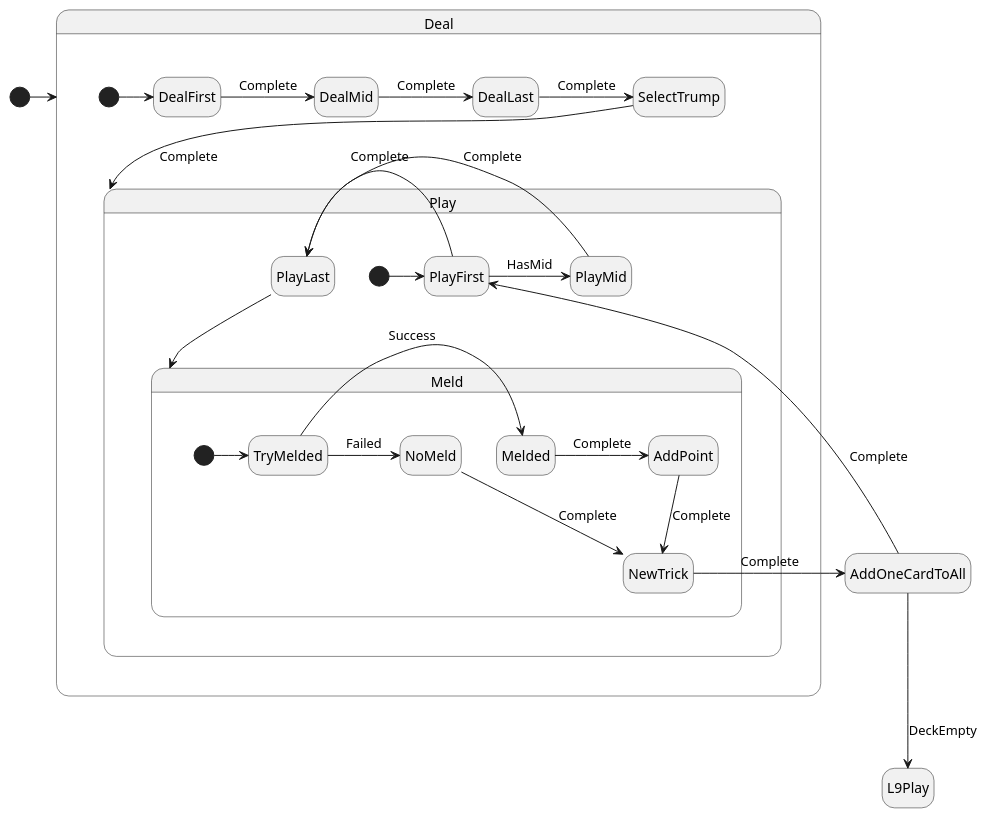
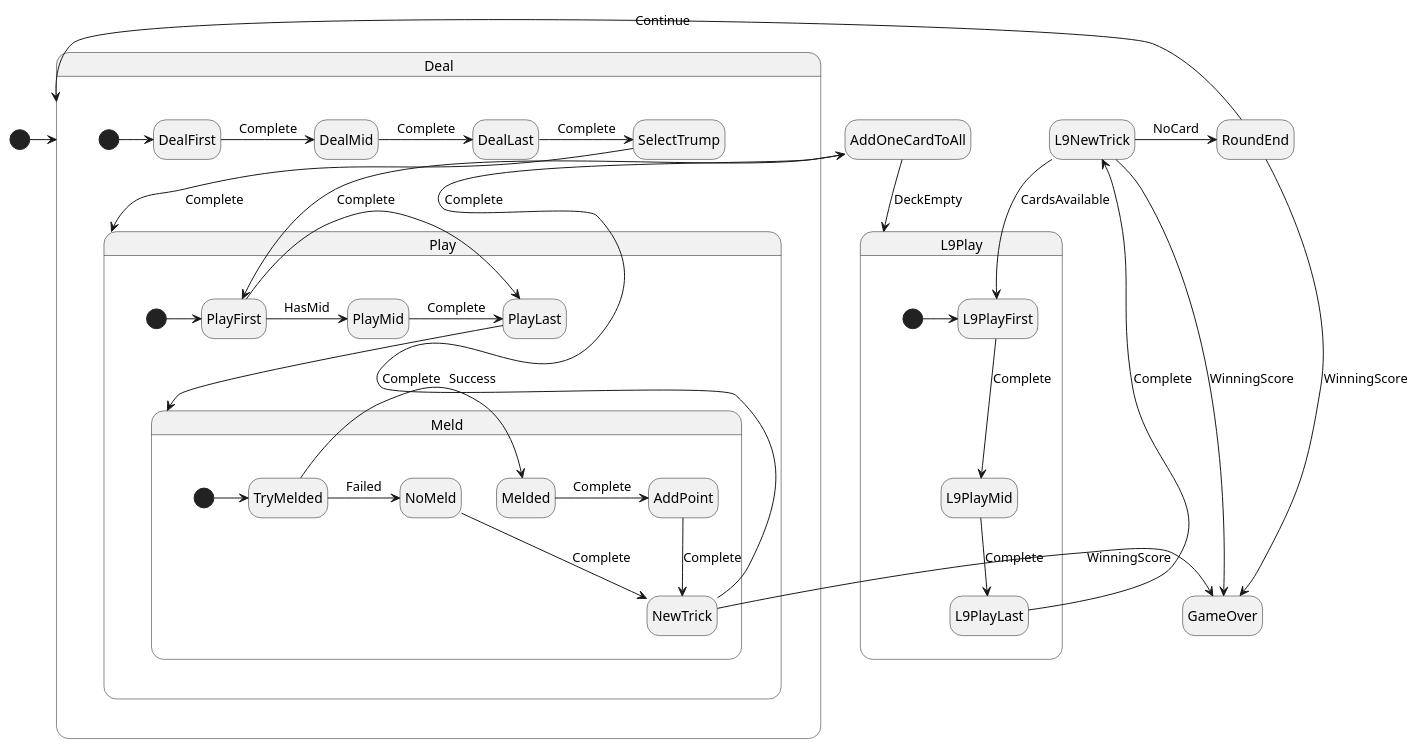
The diagram in BeziqueCore/Bezique.puml (shefat2002/BeziqueCore), drawn with PlantUML before and after one commit. The commit also changed 2 other files, not shown here.

Commit message:
Add L9 play flow, RoundEnd and GameOver states

```diff
--- a/BeziqueCore/Bezique.puml
+++ b/BeziqueCore/Bezique.puml
@@ -1,65 +1,88 @@
 @startuml
 
 /'! $CONFIG : toml
 SmRunnerSettings.transpilerId = "CSharp"
 
 [RenderConfig.CSharp]
 NameSpace =  "BeziqueCore;"
 '/
 
 hide empty description
 skinparam stateMessageAlignment center
 
 [*] -> Deal
 
 
 state Deal {
     state DealFirst
     state DealMid
     state DealLast
 
     [*] -> DealFirst
     DealFirst -> DealMid : Complete 
     DealMid -> DealLast : Complete
     DealLast -> SelectTrump : Complete 
     SelectTrump --> Play : Complete 
 }
 
 state Play {
     state PlayFirst
     state PlayMid
     state PlayLast
     
     [*] -> PlayFirst
     PlayFirst -> PlayMid : HasMid
     PlayMid -> PlayLast : Complete
     PlayFirst -> PlayLast : Complete
     PlayLast --> Meld
 }
 
 state Meld{
     [*] -> TryMelded
     state Melded
     state NoMeld
     
     TryMelded -> Melded : Success
     TryMelded -> NoMeld : Failed
     
     Melded -> AddPoint : Complete
     NoMeld --> NewTrick : Complete
     
 }
 
 
 AddPoint --> NewTrick : Complete
 
 NewTrick -> AddOneCardToAll : Complete
 
 AddOneCardToAll --> PlayFirst : Complete
 
 AddOneCardToAll --> L9Play : DeckEmpty
 
+state L9Play{
+    state L9PlayFirst
+    state L9PlayMid
+    state L9PlayLast
+    
+    [*]-> L9PlayFirst
+    L9PlayFirst --> L9PlayMid : Complete
+    L9PlayMid --> L9PlayLast : Complete        
+}
+
+L9PlayLast --> L9NewTrick : Complete
+L9NewTrick --> L9PlayFirst : CardsAvailable
+
+L9NewTrick -> RoundEnd : NoCard
+RoundEnd -> Deal : Continue
+
+
+RoundEnd -> GameOver : WinningScore
+NewTrick -> GameOver : WinningScore
+L9NewTrick -> GameOver : WinningScore
+
+
+
 
 
 
 @enduml
```
